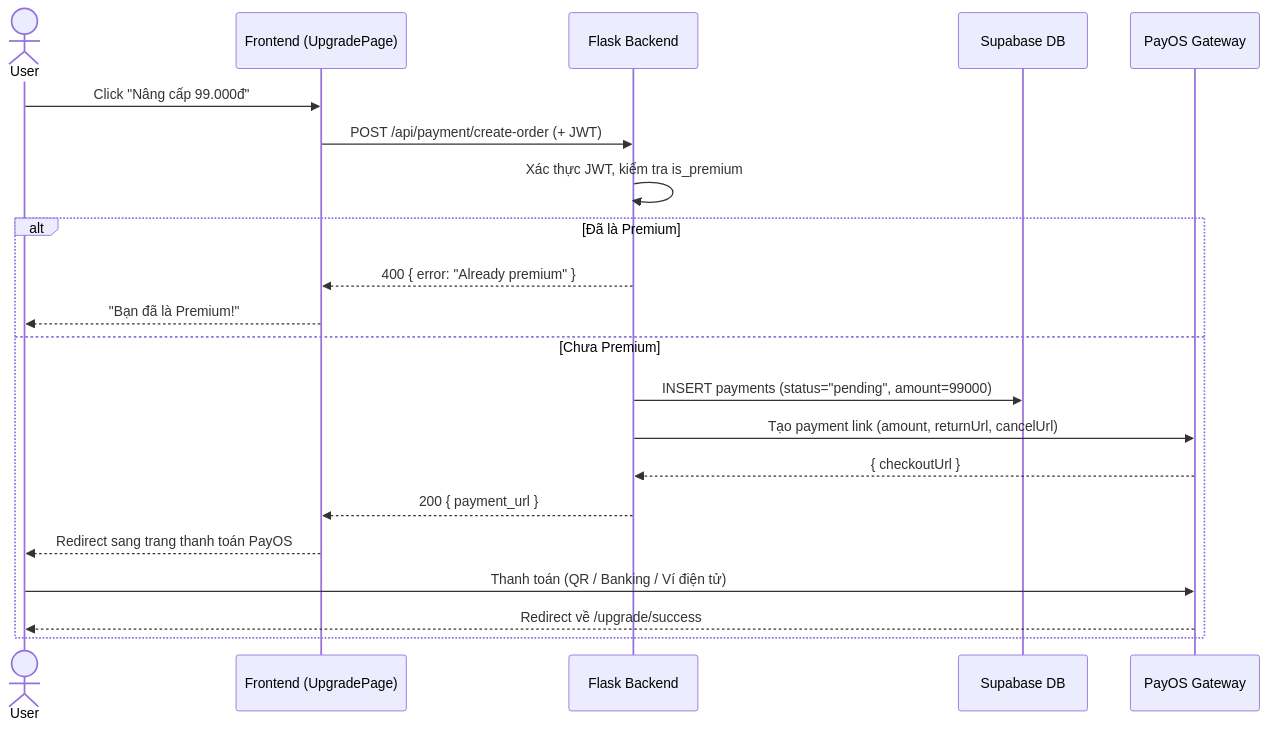
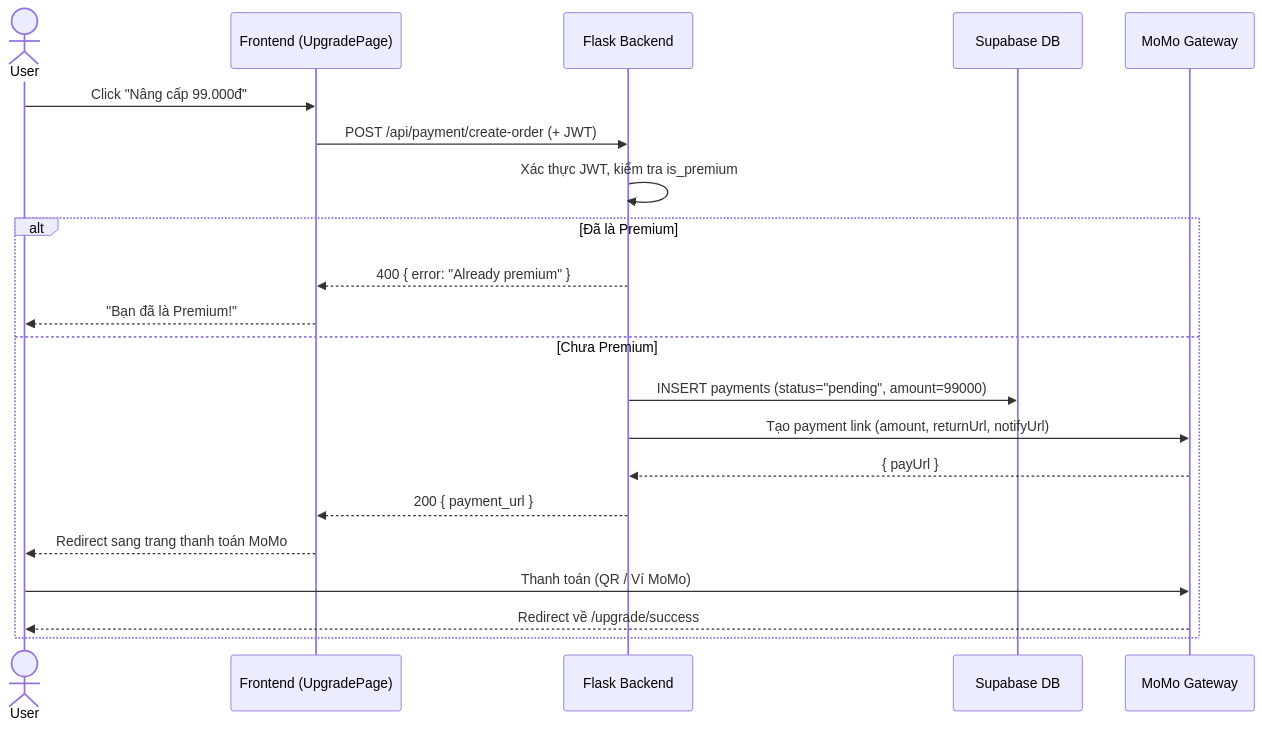
One commit to SonDinh1129/subtitle-project changed diagram 16 of 22 in docs/system-flows.md. Above: the diagram before and after it, drawn with Mermaid. The commit also changed other lines of this file and 3 other files, not shown here.

````diff
--- a/docs/system-flows.md
+++ b/docs/system-flows.md
@@ -509,24 +524,24 @@
 ```mermaid
 sequenceDiagram
     actor User
     participant FE as Frontend (UpgradePage)
     participant Flask as Flask Backend
     participant DB as Supabase DB
-    participant PayOS as PayOS Gateway
+    participant MoMo as MoMo Gateway
 
     User->>FE: Click "Nâng cấp 99.000đ"
     FE->>Flask: POST /api/payment/create-order (+ JWT)
     Flask->>Flask: Xác thực JWT, kiểm tra is_premium
     alt Đã là Premium
         Flask-->>FE: 400 { error: "Already premium" }
         FE-->>User: "Bạn đã là Premium!"
     else Chưa Premium
         Flask->>DB: INSERT payments (status="pending", amount=99000)
-        Flask->>PayOS: Tạo payment link (amount, returnUrl, cancelUrl)
-        PayOS-->>Flask: { checkoutUrl }
+        Flask->>MoMo: Tạo payment link (amount, returnUrl, notifyUrl)
+        MoMo-->>Flask: { payUrl }
         Flask-->>FE: 200 { payment_url }
-        FE-->>User: Redirect sang trang thanh toán PayOS
-        User->>PayOS: Thanh toán (QR / Banking / Ví điện tử)
-        PayOS-->>User: Redirect về /upgrade/success
+        FE-->>User: Redirect sang trang thanh toán MoMo
+        User->>MoMo: Thanh toán (QR / Ví MoMo)
+        MoMo-->>User: Redirect về /upgrade/success
     end
 ```
````
